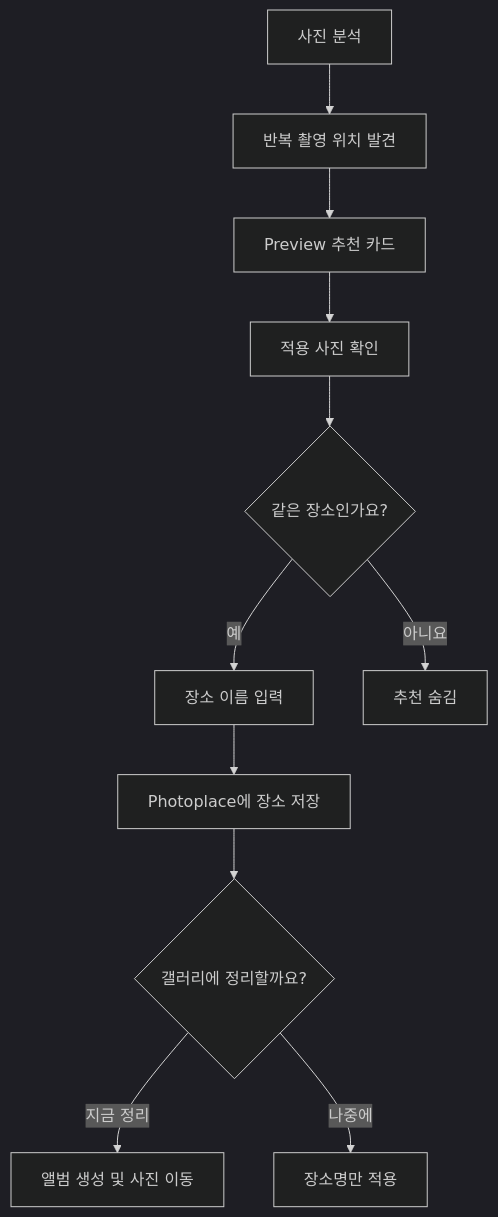
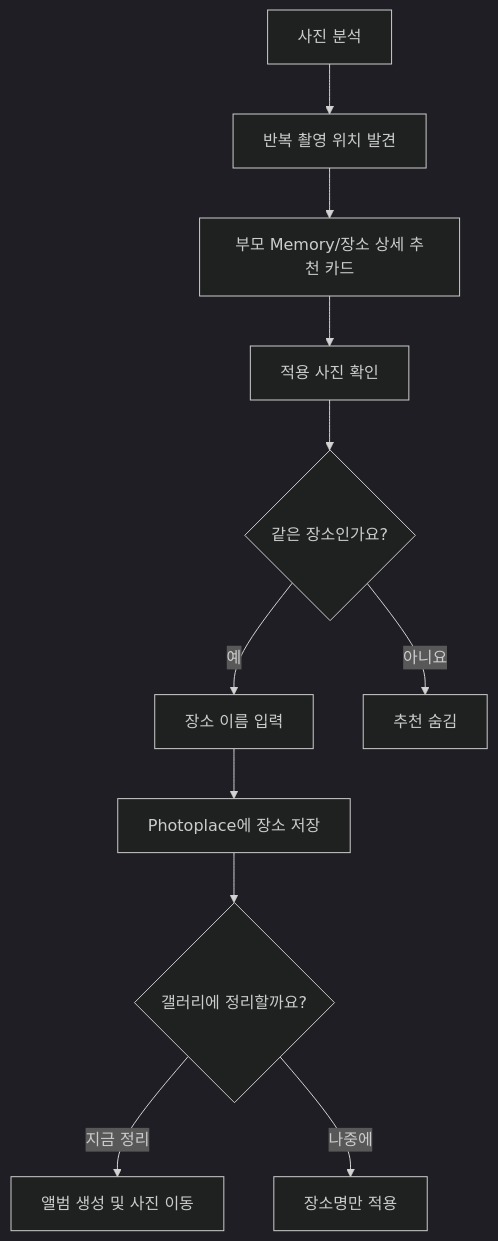
Before and after one commit to mismira96-stack/photoplace: the diagram in Photoplace_V2_Personal_Place_PRD.md, drawn with Mermaid (dark theme). The commit also changed other lines of this file and 5 other files, not shown here.

Commit message:
Document contextual personal place flow

````diff
--- a/Photoplace_V2_Personal_Place_PRD.md
+++ b/Photoplace_V2_Personal_Place_PRD.md
@@ -136,13 +204,13 @@
 ```mermaid
 flowchart TD
     A["사진 분석"] --> B["반복 촬영 위치 발견"]
-    B --> C["Preview 추천 카드"]
+    B --> C["부모 Memory/장소 상세 추천 카드"]
     C --> D["적용 사진 확인"]
     D --> E{"같은 장소인가요?"}
     E -->|"예"| F["장소 이름 입력"]
     E -->|"아니요"| G["추천 숨김"]
     F --> H["Photoplace에 장소 저장"]
     H --> I{"갤러리에 정리할까요?"}
     I -->|"지금 정리"| J["앨범 생성 및 사진 이동"]
     I -->|"나중에"| K["장소명만 적용"]
 ```
````
